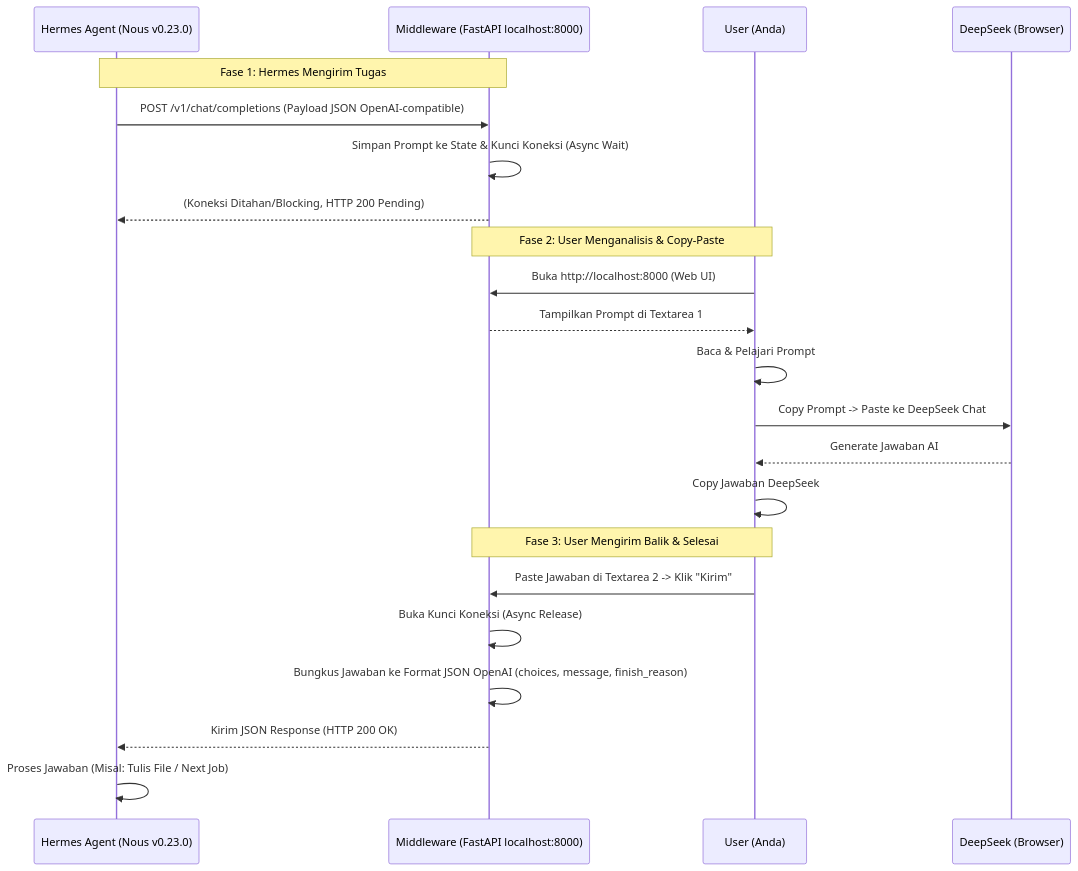
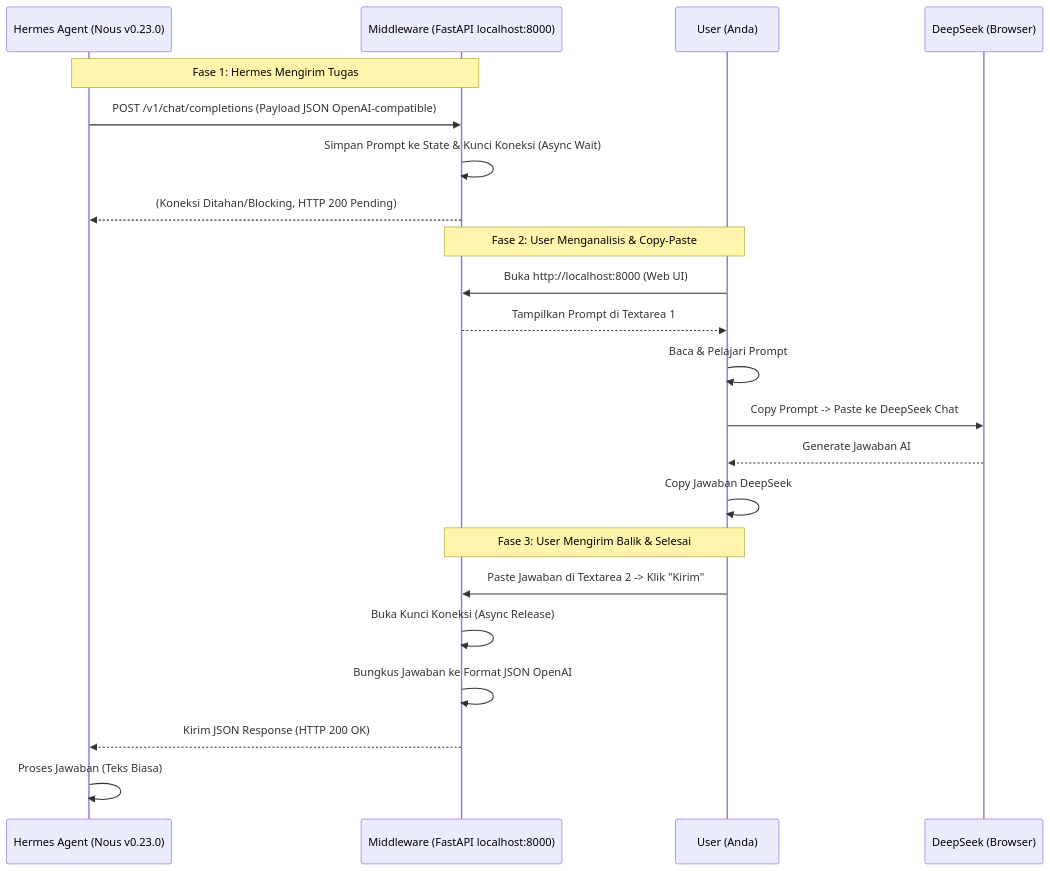
Before and after one commit to farhansyihab/hermes-manual-bridge: the first of 2 diagrams in planning/Blueprint.md, drawn with Mermaid. The commit also changed other lines of this file, not shown here.

````diff
--- a/planning/Blueprint.md
+++ b/planning/Blueprint.md
@@ -30,27 +41,27 @@
 ```mermaid
 sequenceDiagram
-     participant H as Hermes Agent (Nous v0.23.0)
-     participant M as Middleware (FastAPI localhost:8000)
-     participant U as User (Anda)
-     participant D as DeepSeek (Browser)
-     
-     Note over H, M: Fase 1: Hermes Mengirim Tugas
-     H->>M: POST /v1/chat/completions (Payload JSON OpenAI-compatible)
-     M->>M: Simpan Prompt ke State & Kunci Koneksi (Async Wait)
-     M-->>H: (Koneksi Ditahan/Blocking, HTTP 200 Pending)
-     
-     Note over M, U: Fase 2: User Menganalisis & Copy-Paste
-     U->>M: Buka http://localhost:8000 (Web UI)
-     M-->>U: Tampilkan Prompt di Textarea 1
-     U->>U: Baca & Pelajari Prompt
-     U->>D: Copy Prompt -> Paste ke DeepSeek Chat
-     D-->>U: Generate Jawaban AI
-     U->>U: Copy Jawaban DeepSeek
-     
-     Note over M, U: Fase 3: User Mengirim Balik & Selesai
-     U->>M: Paste Jawaban di Textarea 2 -> Klik "Kirim"
-     M->>M: Buka Kunci Koneksi (Async Release)
-     M->>M: Bungkus Jawaban ke Format JSON OpenAI (choices, message, finish_reason)
-     M-->>H: Kirim JSON Response (HTTP 200 OK)
-     H->>H: Proses Jawaban (Misal: Tulis File / Next Job)
+    participant H as Hermes Agent (Nous v0.23.0)
+    participant M as Middleware (FastAPI localhost:8000)
+    participant U as User (Anda)
+    participant D as DeepSeek (Browser)
+
+    Note over H, M: Fase 1: Hermes Mengirim Tugas
+    H->>M: POST /v1/chat/completions (Payload JSON OpenAI-compatible)
+    M->>M: Simpan Prompt ke State & Kunci Koneksi (Async Wait)
+    M-->>H: (Koneksi Ditahan/Blocking, HTTP 200 Pending)
+
+    Note over M, U: Fase 2: User Menganalisis & Copy-Paste
+    U->>M: Buka http://localhost:8000 (Web UI)
+    M-->>U: Tampilkan Prompt di Textarea 1
+    U->>U: Baca & Pelajari Prompt
+    U->>D: Copy Prompt -> Paste ke DeepSeek Chat
+    D-->>U: Generate Jawaban AI
+    U->>U: Copy Jawaban DeepSeek
+
+    Note over M, U: Fase 3: User Mengirim Balik & Selesai
+    U->>M: Paste Jawaban di Textarea 2 -> Klik "Kirim"
+    M->>M: Buka Kunci Koneksi (Async Release)
+    M->>M: Bungkus Jawaban ke Format JSON OpenAI
+    M-->>H: Kirim JSON Response (HTTP 200 OK)
+    H->>H: Proses Jawaban (Teks Biasa)
 ```
````
